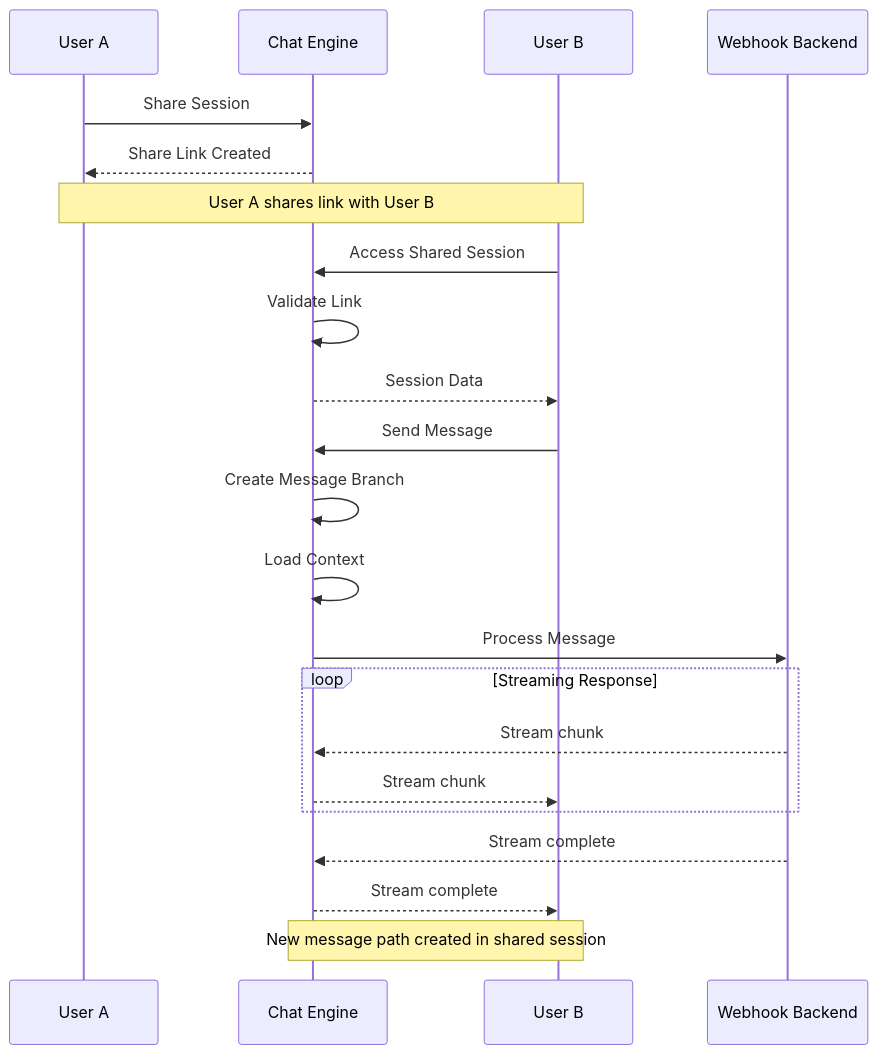
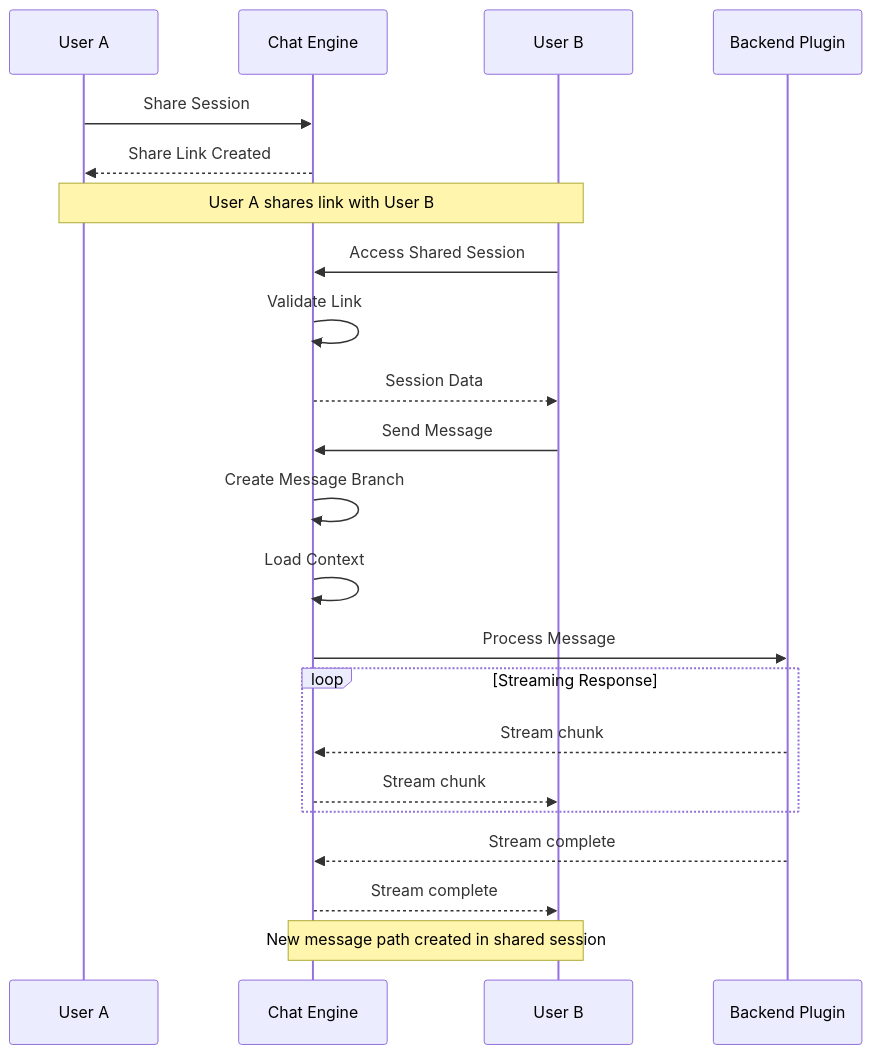
One commit to Ritmix3300/cyberfabric-core changed the tenth of 16 diagrams in modules/chat_engine/DESIGN.md. Above: the diagram before and after it, drawn with Mermaid. The commit also changed other lines of this file and 26 other files, not shown here.

Commit message:
replace webhook backend with backend plugin

````diff
--- a/modules/chat_engine/DESIGN.md
+++ b/modules/chat_engine/DESIGN.md
@@ -745,31 +741,31 @@
 ```mermaid
 sequenceDiagram
     participant User A
     participant Chat Engine
     participant User B
-    participant Webhook Backend
+    participant Backend Plugin
 
     User A->>Chat Engine: Share Session
     Chat Engine-->>User A: Share Link Created
 
     Note over User A,User B: User A shares link with User B
 
     User B->>Chat Engine: Access Shared Session
     Chat Engine->>Chat Engine: Validate Link
     Chat Engine-->>User B: Session Data
 
     User B->>Chat Engine: Send Message
     Chat Engine->>Chat Engine: Create Message Branch
     Chat Engine->>Chat Engine: Load Context
-    Chat Engine->>Webhook Backend: Process Message
+    Chat Engine->>Backend Plugin: Process Message
 
     loop Streaming Response
-        Webhook Backend-->>Chat Engine: Stream chunk
+        Backend Plugin-->>Chat Engine: Stream chunk
         Chat Engine-->>User B: Stream chunk
     end
 
-    Webhook Backend-->>Chat Engine: Stream complete
+    Backend Plugin-->>Chat Engine: Stream complete
     Chat Engine-->>User B: Stream complete
 
     Note over User B,Chat Engine: New message path created in shared session
 ```
````
